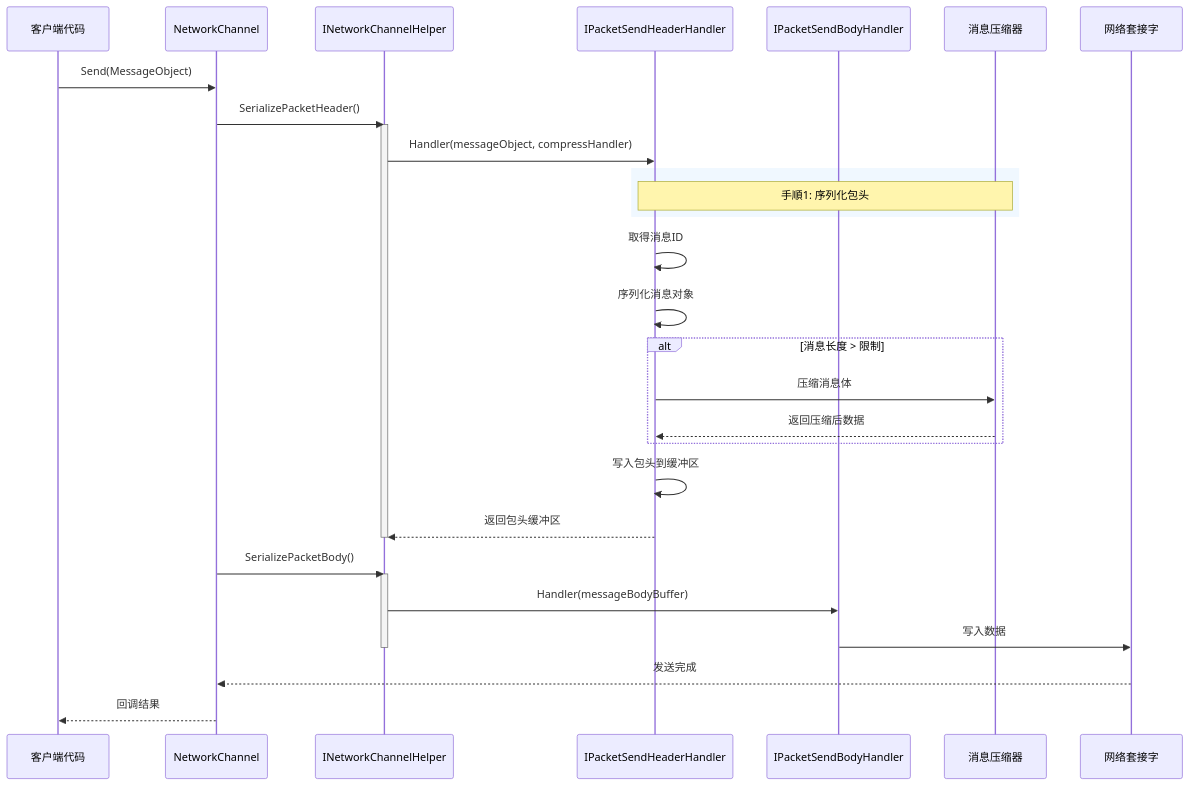
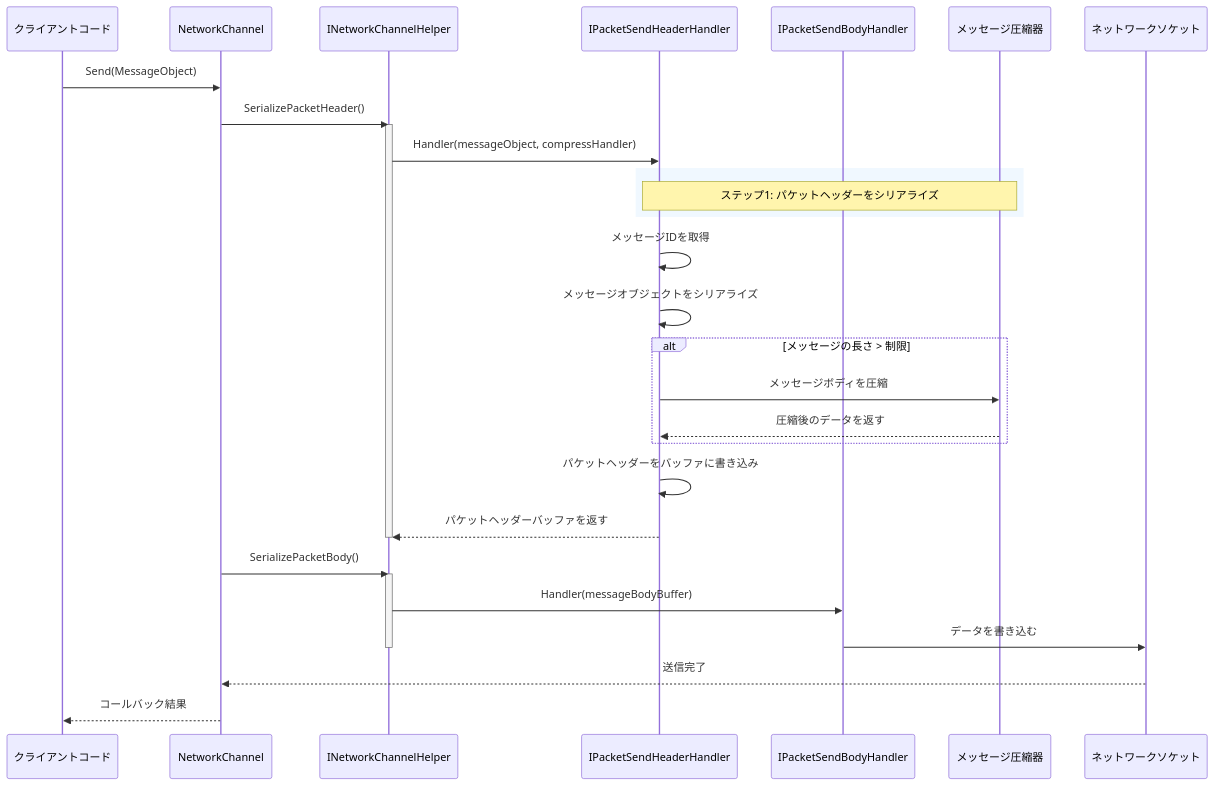
Before and after one commit to AlianBlank/GameFrameX.Docs: the second of 3 diagrams in docs/ja/client/unity/component/network/07.packet-handlers.md, drawn with Mermaid. The commit also changed other lines of this file and 320 other files, not shown here.

````diff
--- a/docs/ja/client/unity/component/network/07.packet-handlers.md
+++ b/docs/ja/client/unity/component/network/07.packet-handlers.md
@@ -64,38 +64,38 @@
 ```mermaid
 sequenceDiagram
-    participant Client as 客户端代码
+    participant Client as クライアントコード
     participant Channel as NetworkChannel
     participant Helper as INetworkChannelHelper
     participant SendHeader as IPacketSendHeaderHandler
     participant SendBody as IPacketSendBodyHandler
-    participant Compress as 消息压缩器
-    participant Socket as 网络套接字
+    participant Compress as メッセージ圧縮器
+    participant Socket as ネットワークソケット
 
     Client->>Channel: Send(MessageObject)
     Channel->>Helper: SerializePacketHeader()
     activate Helper
     Helper->>SendHeader: Handler(messageObject, compressHandler)
     
     rect rgb(240, 248, 255)
-        Note over SendHeader,Compress: 手順1: 序列化包头
+        Note over SendHeader,Compress: ステップ1: パケットヘッダーをシリアライズ
     end
     
-    SendHeader->>SendHeader: 取得消息ID
-    SendHeader->>SendHeader: 序列化消息对象
-    alt 消息长度 > 限制
-        SendHeader->>Compress: 压缩消息体
-        Compress-->>SendHeader: 返回压缩后数据
+    SendHeader->>SendHeader: メッセージIDを取得
+    SendHeader->>SendHeader: メッセージオブジェクトをシリアライズ
+    alt メッセージの長さ > 制限
+        SendHeader->>Compress: メッセージボディを圧縮
+        Compress-->>SendHeader: 圧縮後のデータを返す
     end
-    SendHeader->>SendHeader: 写入包头到缓冲区
-    SendHeader-->>Helper: 返回包头缓冲区
+    SendHeader->>SendHeader: パケットヘッダーをバッファに書き込み
+    SendHeader-->>Helper: パケットヘッダーバッファを返す
     deactivate Helper
     
     Channel->>Helper: SerializePacketBody()
     activate Helper
     Helper->>SendBody: Handler(messageBodyBuffer)
-    SendBody->>Socket: 写入数据
+    SendBody->>Socket: データを書き込む
     deactivate Helper
     
-    Socket-->>Channel: 发送完成
-    Channel-->>Client: 回调结果
+    Socket-->>Channel: 送信完了
+    Channel-->>Client: コールバック結果
 ```
````
